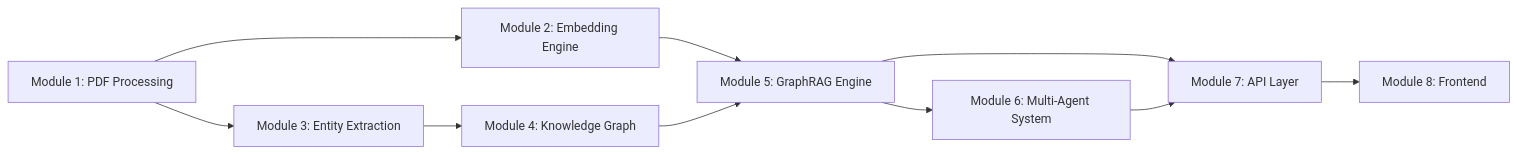
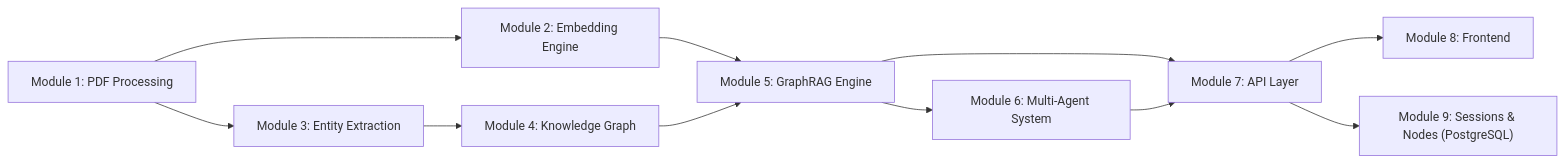
One commit to suraj-codes-24/Research-Node changed the first of 2 diagrams in docs/07_module_description.md. Above: the diagram before and after it, drawn with Mermaid. The commit also changed other lines of this file and 52 other files, not shown here.

Commit message:
Final project completion: PostgreSQL integration, UI enhancements, and documentation update

````diff
--- a/docs/07_module_description.md
+++ b/docs/07_module_description.md
@@ -14,12 +14,13 @@
 ```mermaid
 graph LR
     M1["Module 1: PDF Processing"] --> M2["Module 2: Embedding Engine"]
     M1 --> M3["Module 3: Entity Extraction"]
     M3 --> M4["Module 4: Knowledge Graph"]
     M2 --> M5["Module 5: GraphRAG Engine"]
     M4 --> M5
     M5 --> M6["Module 6: Multi-Agent System"]
     M5 --> M7["Module 7: API Layer"]
     M6 --> M7
     M7 --> M8["Module 8: Frontend"]
+    M7 --> M9["Module 9: Sessions & Nodes (PostgreSQL)"]
 ```
````
